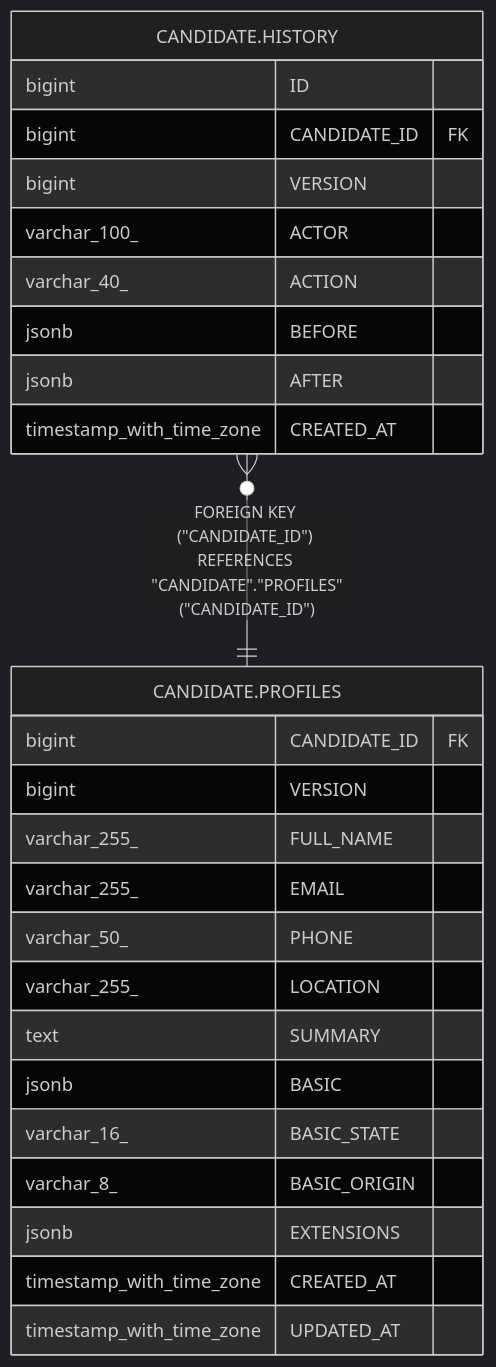
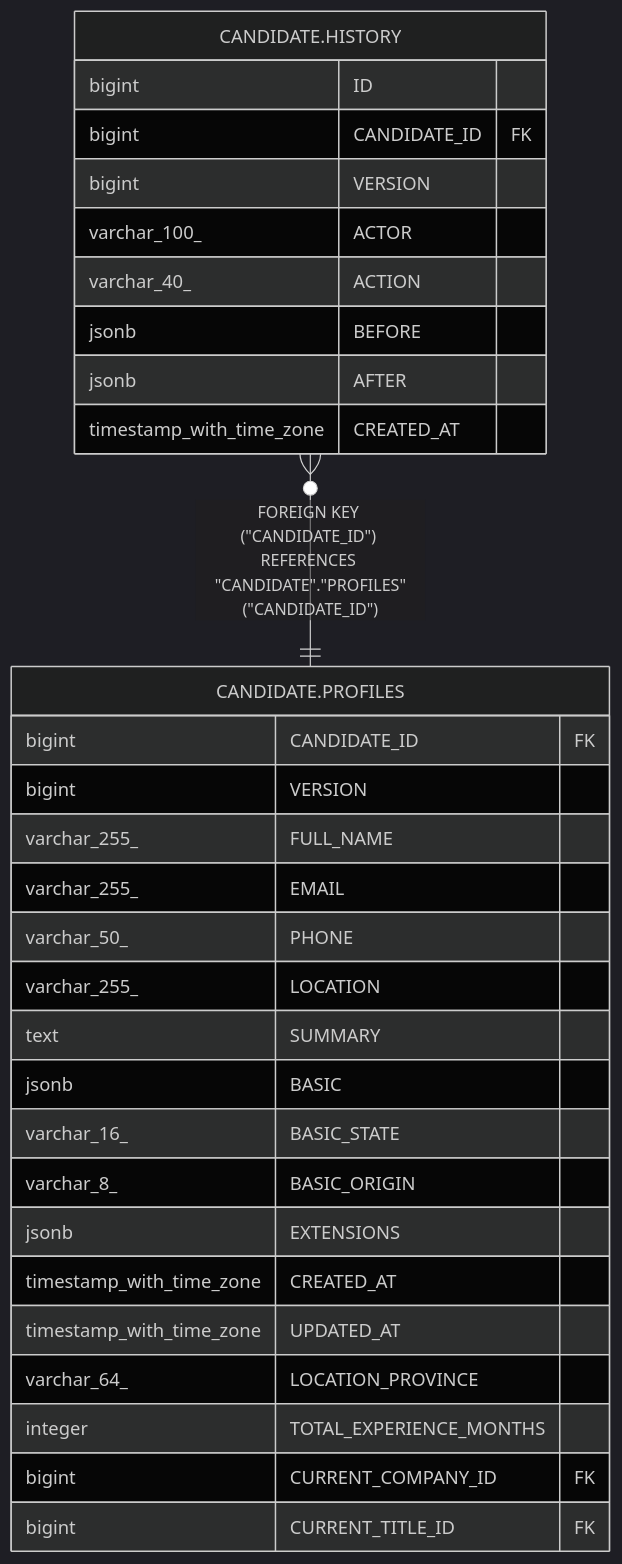
One commit to happidude/cv-compass changed the diagram in docs/db/CANDIDATE.HISTORY.md. Above: the diagram before and after it, drawn with Mermaid (dark theme). The commit also changed 32 other files, not shown here.

First line of the commit message:
feat(catalog): add catalog and search schemas with taxonomy and seed import

````diff
--- a/docs/db/CANDIDATE.HISTORY.md
+++ b/docs/db/CANDIDATE.HISTORY.md
@@ -37,31 +37,35 @@
 ```mermaid
 erDiagram
 
 "CANDIDATE.HISTORY" }o--|| "CANDIDATE.PROFILES" : "FOREIGN KEY (#quot;CANDIDATE_ID#quot;) REFERENCES #quot;CANDIDATE#quot;.#quot;PROFILES#quot;(#quot;CANDIDATE_ID#quot;)"
 
 "CANDIDATE.HISTORY" {
   bigint ID
   bigint CANDIDATE_ID FK
   bigint VERSION
   varchar_100_ ACTOR
   varchar_40_ ACTION
   jsonb BEFORE
   jsonb AFTER
   timestamp_with_time_zone CREATED_AT
 }
 "CANDIDATE.PROFILES" {
   bigint CANDIDATE_ID FK
   bigint VERSION
   varchar_255_ FULL_NAME
   varchar_255_ EMAIL
   varchar_50_ PHONE
   varchar_255_ LOCATION
   text SUMMARY
   jsonb BASIC
   varchar_16_ BASIC_STATE
   varchar_8_ BASIC_ORIGIN
   jsonb EXTENSIONS
   timestamp_with_time_zone CREATED_AT
   timestamp_with_time_zone UPDATED_AT
+  varchar_64_ LOCATION_PROVINCE
+  integer TOTAL_EXPERIENCE_MONTHS
+  bigint CURRENT_COMPANY_ID FK
+  bigint CURRENT_TITLE_ID FK
 }
 ```
````
